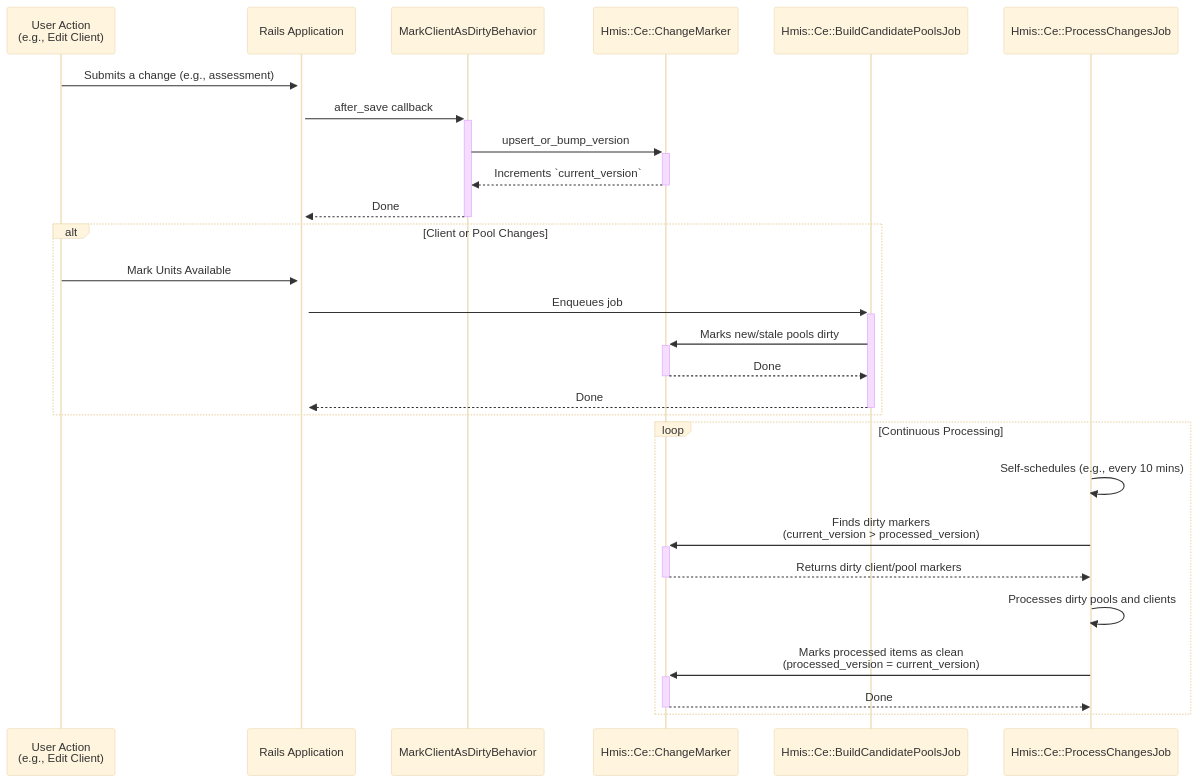
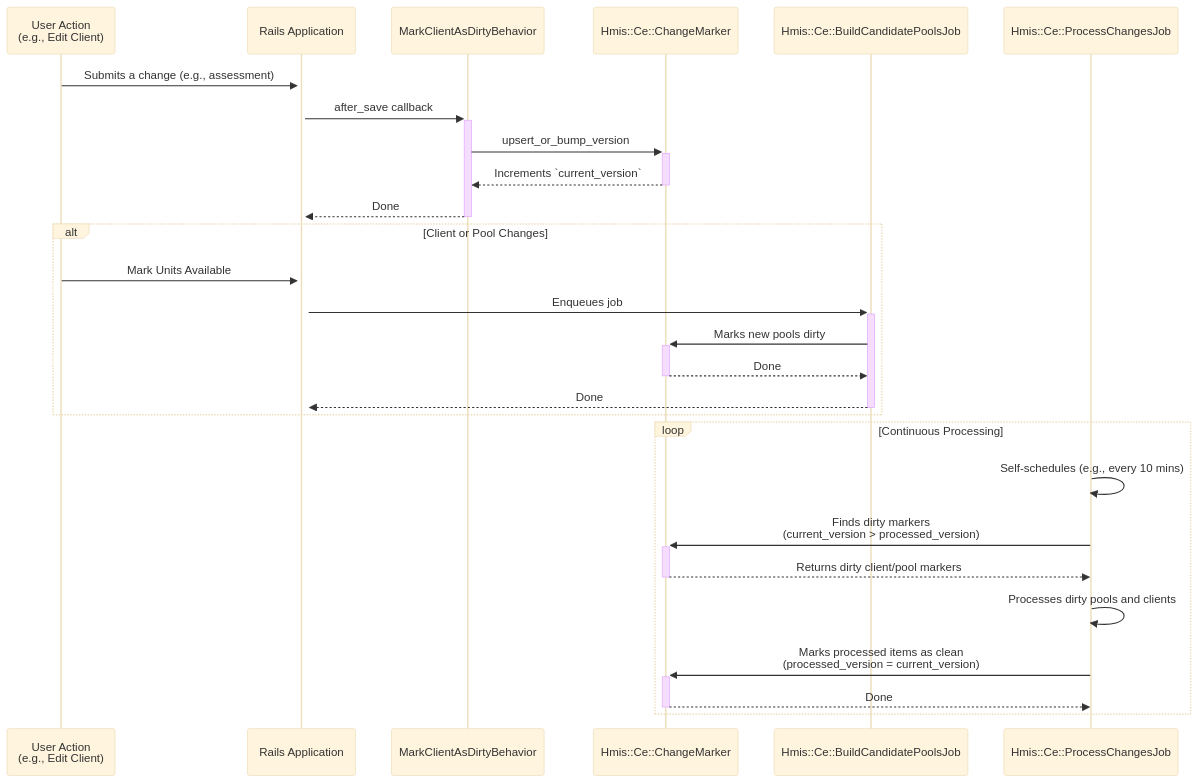
One commit to greenriver/hmis-warehouse changed the diagram in drivers/hmis/app/models/hmis/ce/README_FOR_CHANGE_MARKER.md. Above: the diagram before and after it, drawn with Mermaid (base theme). The commit also changed 6 other files, not shown here.

````diff
--- a/drivers/hmis/app/models/hmis/ce/README_FOR_CHANGE_MARKER.md
+++ b/drivers/hmis/app/models/hmis/ce/README_FOR_CHANGE_MARKER.md
@@ -22,32 +22,32 @@
 ```mermaid
 sequenceDiagram
     participant UserAction as User Action<br/>(e.g., Edit Client)
     participant RailsApp as Rails Application
     participant MarkClientAsDirtyBehavior as MarkClientAsDirtyBehavior
     participant ChangeMarker as Hmis::Ce::ChangeMarker
     participant BuildCandidatePoolsJob as Hmis::Ce::BuildCandidatePoolsJob
     participant ProcessChangesJob as Hmis::Ce::ProcessChangesJob
 
     UserAction->>+RailsApp: Submits a change (e.g., assessment)
     RailsApp->>+MarkClientAsDirtyBehavior: after_save callback
     MarkClientAsDirtyBehavior->>+ChangeMarker: upsert_or_bump_version
     ChangeMarker-->>-MarkClientAsDirtyBehavior: Increments `current_version`
     MarkClientAsDirtyBehavior-->>-RailsApp: Done
 
     alt Client or Pool Changes
         UserAction->>+RailsApp: Mark Units Available
         RailsApp->>+BuildCandidatePoolsJob: Enqueues job
-        BuildCandidatePoolsJob->>+ChangeMarker: Marks new/stale pools dirty
+        BuildCandidatePoolsJob->>+ChangeMarker: Marks new pools dirty
         ChangeMarker-->>-BuildCandidatePoolsJob: Done
         BuildCandidatePoolsJob-->>-RailsApp: Done
     end
 
     loop Continuous Processing
         ProcessChangesJob->>ProcessChangesJob: Self-schedules (e.g., every 10 mins)
         ProcessChangesJob->>+ChangeMarker: Finds dirty markers <br/> (current_version > processed_version)
         ChangeMarker-->>-ProcessChangesJob: Returns dirty client/pool markers
         ProcessChangesJob->>ProcessChangesJob: Processes dirty pools and clients
         ProcessChangesJob->>+ChangeMarker: Marks processed items as clean <br/> (processed_version = current_version)
         ChangeMarker-->>-ProcessChangesJob: Done
     end
 ```
````
